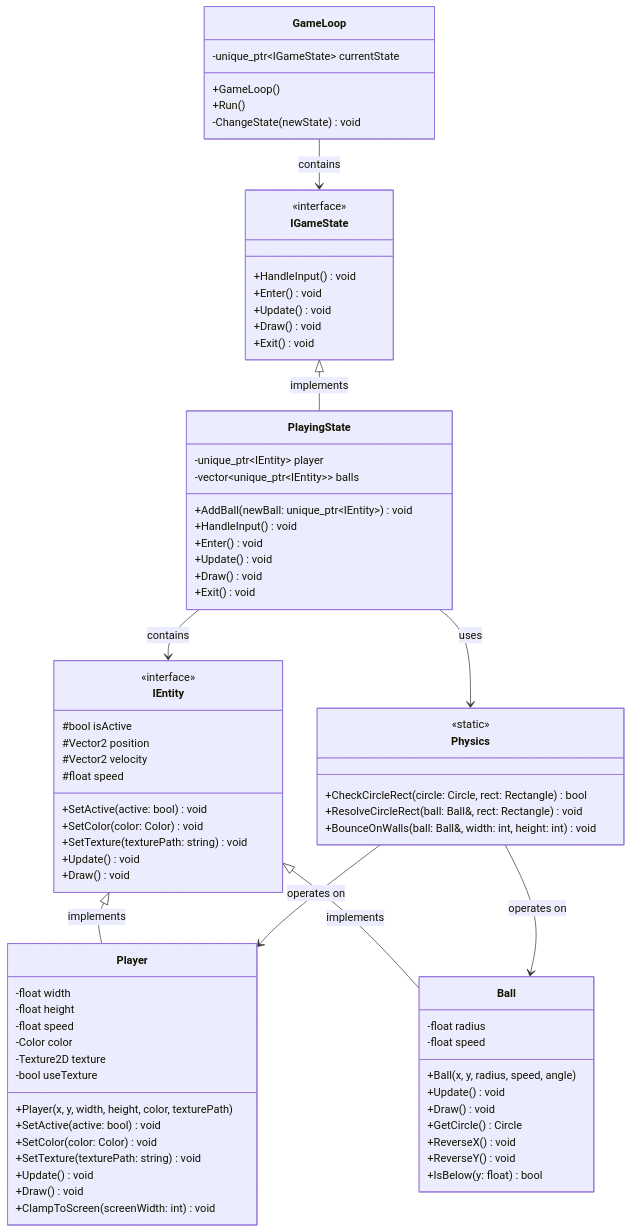
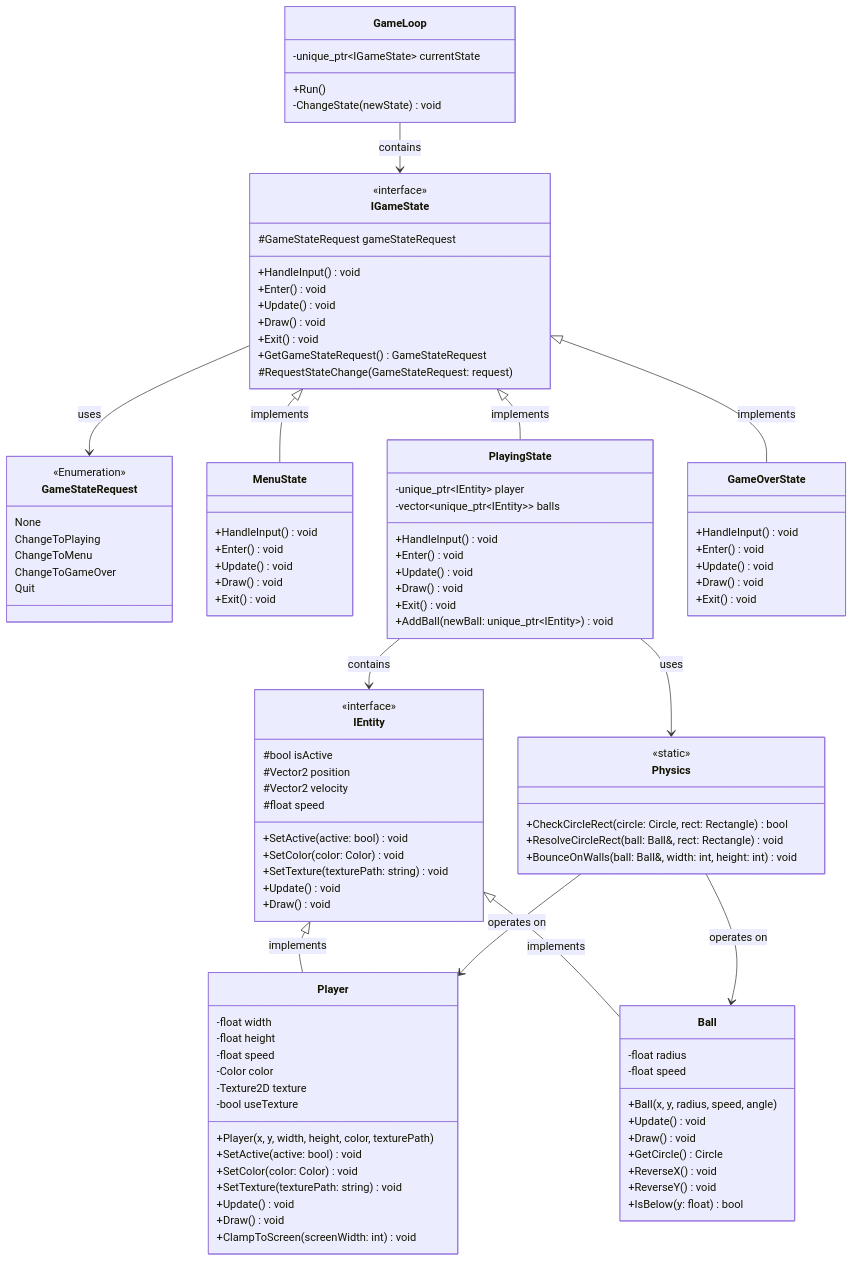
The diagram in diagrams/classDiagram.md (dciuca/cppang), drawn with Mermaid before and after one commit. The commit also changed 1 other file, not shown here.

Commit message:
Updated class diagram

````diff
--- a/diagrams/classDiagram.md
+++ b/diagrams/classDiagram.md
@@ -1,14 +1,33 @@
 ```mermaid
 classDiagram
     class GameLoop {
+        +Run()
         -unique_ptr~IGameState~ currentState
-        +GameLoop()
-        +Run()
         -ChangeState(newState) void
+    }
+
+    class GameStateRequest {
+        <<Enumeration>>
+        None
+        ChangeToPlaying
+        ChangeToMenu
+        ChangeToGameOver
+        Quit
     }
 
     class IGameState {
         <<interface>>
+        +HandleInput() void
+        +Enter() void
+        +Update() void
+        +Draw() void
+        +Exit() void
+        +GetGameStateRequest() GameStateRequest
+        #RequestStateChange(GameStateRequest: request)
+        #GameStateRequest gameStateRequest
+    }
+
+    class MenuState {
         +HandleInput() void
         +Enter() void
         +Update() void
@@ -19,7 +38,15 @@
     class PlayingState {
         -unique_ptr~IEntity~ player
         -vector~unique_ptr~IEntity~~ balls
+        +HandleInput() void
+        +Enter() void
+        +Update() void
+        +Draw() void
+        +Exit() void
         +AddBall(newBall: unique_ptr~IEntity~) void
+    }
+
+    class GameOverState {
         +HandleInput() void
         +Enter() void
         +Update() void
@@ -78,7 +105,10 @@
     }
 
     GameLoop --> IGameState : contains
+    IGameState <|-- MenuState : implements
     IGameState <|-- PlayingState : implements
+    IGameState <|-- GameOverState : implements
+    IGameState --> GameStateRequest: uses
     
     PlayingState --> IEntity : contains
     IEntity <|-- Player : implements
````
